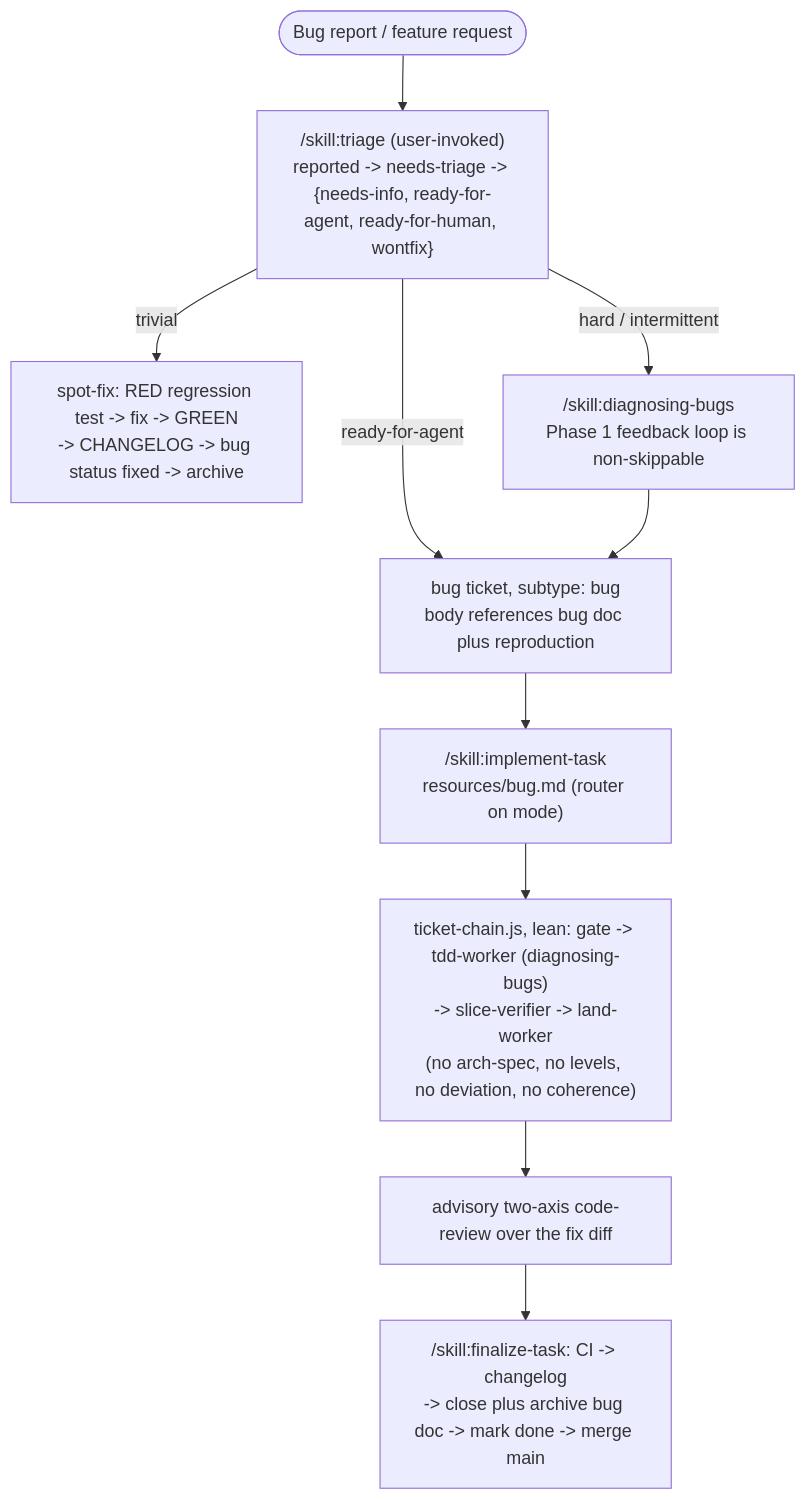
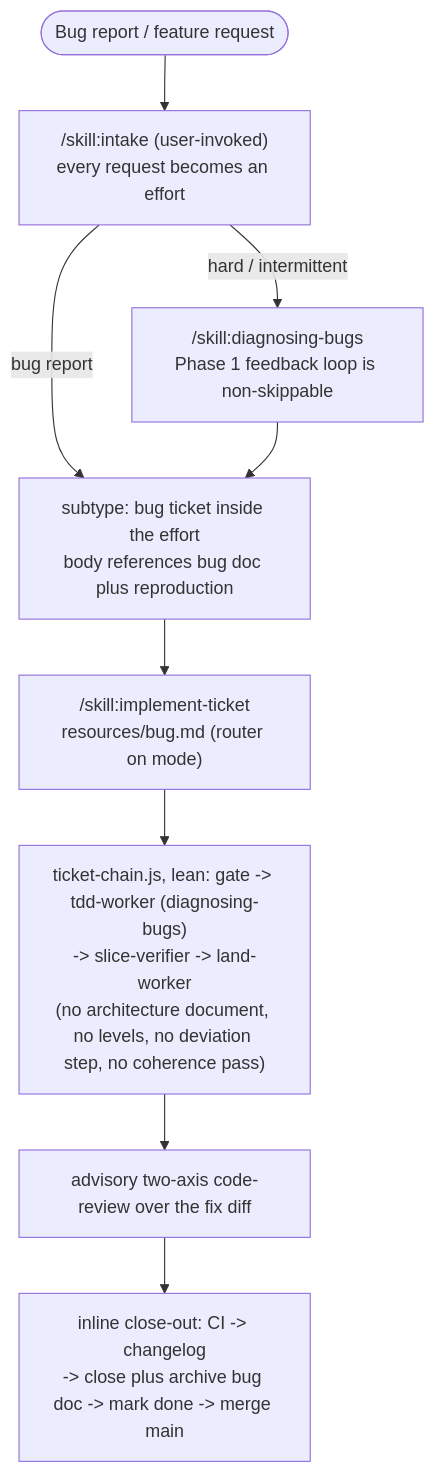
One commit to Y4shin/skills changed the third of 4 diagrams in docs/workflow-flows.md. Above: the diagram before and after it, drawn with Mermaid. The commit also changed other lines of this file and 45 other files, not shown here.

Commit message:
wip: implement-ticket-skill model-invoked skill opens through tw_open; missing or unstable architecture refused, never drafted

````diff
--- a/docs/workflow-flows.md
+++ b/docs/workflow-flows.md
@@ -147,12 +150,11 @@
 ```mermaid
 flowchart TD
-    BUG(["Bug report / feature request"]) --> TRIAGE["/skill:triage (user-invoked)<br/>reported -> needs-triage -> {needs-info, ready-for-agent, ready-for-human, wontfix}"]
-    TRIAGE -- "trivial" --> SPOT["spot-fix: RED regression test -> fix -> GREEN<br/>-> CHANGELOG -> bug status fixed -> archive"]
-    TRIAGE -- "ready-for-agent" --> TICKET["bug ticket, subtype: bug<br/>body references bug doc plus reproduction"]
-    TRIAGE -- "hard / intermittent" --> DB["/skill:diagnosing-bugs<br/>Phase 1 feedback loop is non-skippable"]
-    DB --> TICKET
-    TICKET --> IMB["/skill:implement-task<br/>resources/bug.md (router on mode)"]
-    IMB --> CHAINB["ticket-chain.js, lean: gate -> tdd-worker (diagnosing-bugs)<br/>-> slice-verifier -> land-worker<br/>(no arch-spec, no levels, no deviation, no coherence)"]
+    BUG(["Bug report / feature request"]) --> INTAKE["/skill:intake (user-invoked)<br/>every request becomes an effort"]
+    INTAKE -- "bug report" --> BUGEFF["subtype: bug ticket inside the effort<br/>body references bug doc plus reproduction"]
+    INTAKE -- "hard / intermittent" --> DB["/skill:diagnosing-bugs<br/>Phase 1 feedback loop is non-skippable"]
+    DB --> BUGEFF
+    BUGEFF --> IMB["/skill:implement-ticket<br/>resources/bug.md (router on mode)"]
+    IMB --> CHAINB["ticket-chain.js, lean: gate -> tdd-worker (diagnosing-bugs)<br/>-> slice-verifier -> land-worker<br/>(no architecture document, no levels, no deviation step, no coherence pass)"]
     CHAINB --> REV["advisory two-axis code-review over the fix diff"]
-    REV --> FINB["/skill:finalize-task: CI -> changelog<br/>-> close plus archive bug doc -> mark done -> merge main"]
+    REV --> FINB["inline close-out: CI -> changelog<br/>-> close plus archive bug doc -> mark done -> merge main"]
 ```
````
